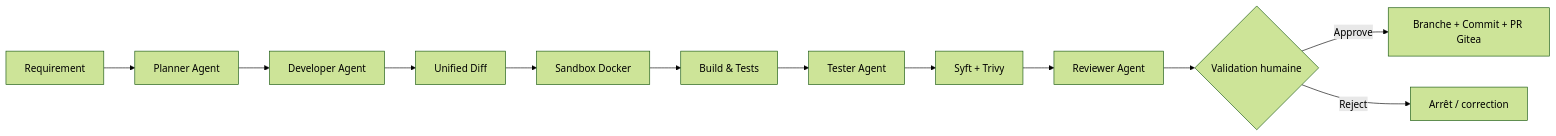
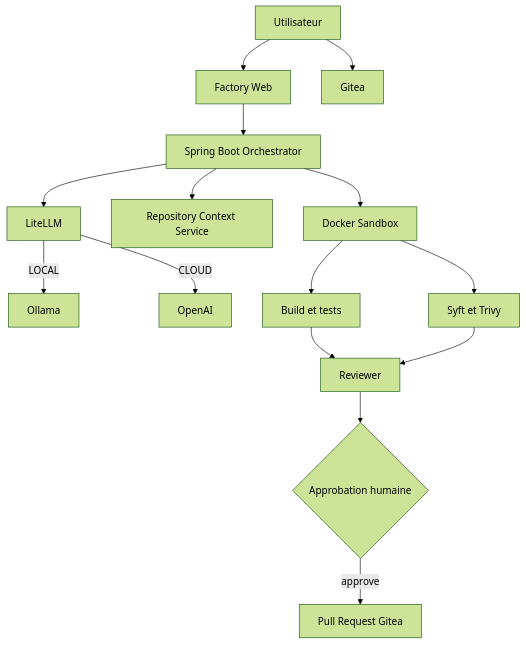
Before and after one commit to dbeaumont/ai-software-factory-local: the first of 2 diagrams in docs/AI_SOFTWARE_FACTORY_LOCAL.md, drawn with Mermaid (forest theme). The commit also changed other lines of this file and 3 other files, not shown here.

````diff
--- a/docs/AI_SOFTWARE_FACTORY_LOCAL.md
+++ b/docs/AI_SOFTWARE_FACTORY_LOCAL.md
@@ -9,14 +33,17 @@
 ```mermaid
-flowchart LR
-    R[Requirement] --> P[Planner Agent]
-    P --> D[Developer Agent]
-    D --> PATCH[Unified Diff]
-    PATCH --> S[Sandbox Docker]
-    S --> B[Build & Tests]
-    B --> T[Tester Agent]
-    T --> SEC[Syft + Trivy]
-    SEC --> REV[Reviewer Agent]
-    REV --> H{Validation humaine}
-    H -->|Approve| PR[Branche + Commit + PR Gitea]
-    H -->|Reject| STOP[Arrêt / correction]
+flowchart TB
+    USER[Utilisateur] --> WEB[Factory Web]
+    USER --> GIT[Gitea]
+    WEB --> ORCH[Spring Boot Orchestrator]
+    ORCH --> LLM[LiteLLM]
+    LLM -->|LOCAL| OLLAMA[Ollama]
+    LLM -->|CLOUD| OPENAI[OpenAI]
+    ORCH --> CTX[Repository Context Service]
+    ORCH --> SB[Docker Sandbox]
+    SB --> BUILD[Build et tests]
+    SB --> SEC[Syft et Trivy]
+    BUILD --> REVIEW[Reviewer]
+    SEC --> REVIEW
+    REVIEW --> HUMAN{Approbation humaine}
+    HUMAN -->|approve| PR[Pull Request Gitea]
 ```
````
